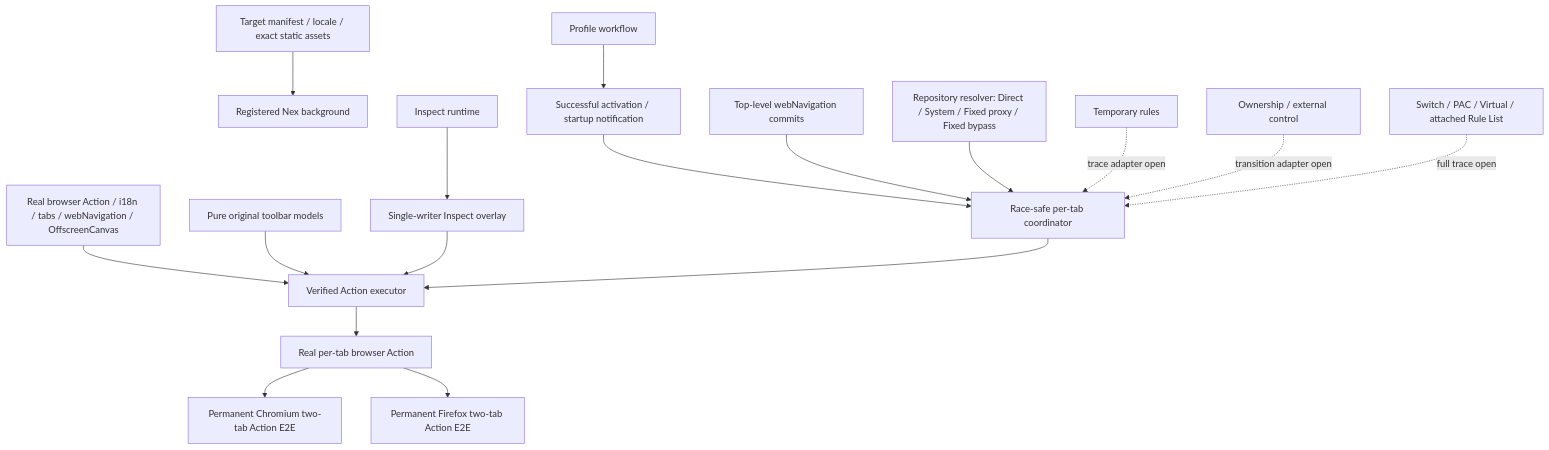
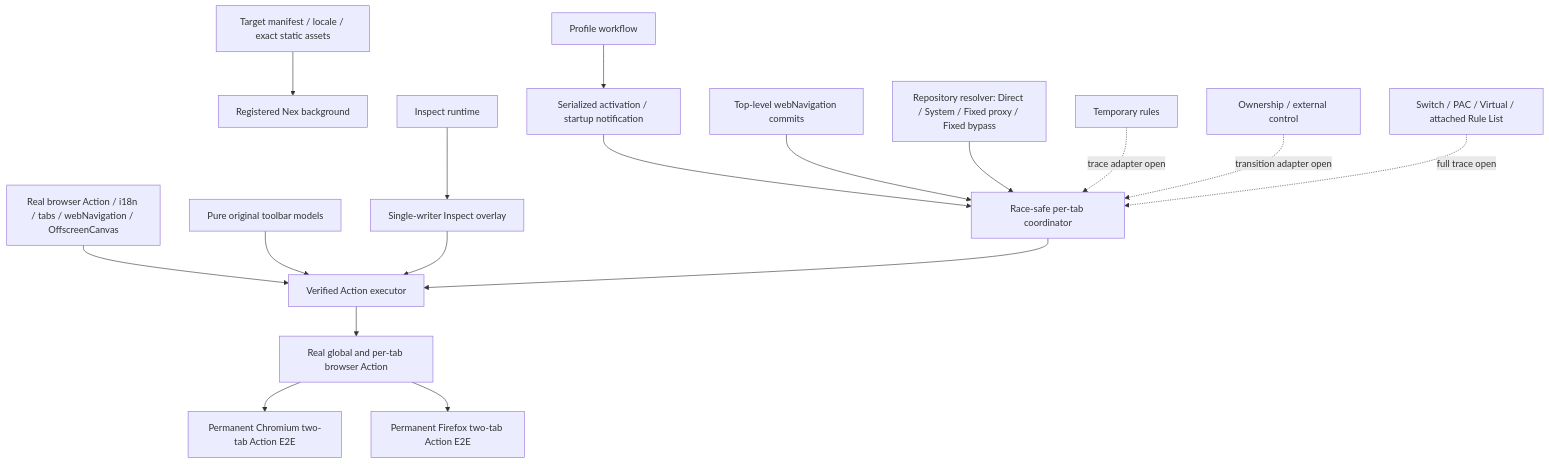
Before and after one commit to ChriX-Goh/ZeroOmega-Nex: the second of 2 diagrams in docs/DELIVERY_ORDER_01_TOOLBAR_STATE.md, drawn with Mermaid. The commit also changed other lines of this file and 6 other files, not shown here.

Commit message:
docs: synchronize Session 8 toolbar knowledge graph

````diff
--- a/docs/DELIVERY_ORDER_01_TOOLBAR_STATE.md
+++ b/docs/DELIVERY_ORDER_01_TOOLBAR_STATE.md
@@ -147,19 +147,19 @@
 ```mermaid
 graph TD
   M[Target manifest / locale / exact static assets] --> B[Registered Nex background]
   API[Real browser Action / i18n / tabs / webNavigation / OffscreenCanvas] --> EXEC[Verified Action executor]
   PURE[Pure original toolbar models] --> EXEC
-  WF[Profile workflow] --> NOTICE[Successful activation / startup notification]
+  WF[Profile workflow] --> NOTICE[Serialized activation / startup notification]
   NOTICE --> COORD[Race-safe per-tab coordinator]
   NAV[Top-level webNavigation commits] --> COORD
   RES[Repository resolver: Direct / System / Fixed proxy / Fixed bypass] --> COORD
   INSPECT[Inspect runtime] --> OVERLAY[Single-writer Inspect overlay]
   OVERLAY --> EXEC
   COORD --> EXEC
-  EXEC --> ACTION[Real per-tab browser Action]
+  EXEC --> ACTION[Real global and per-tab browser Action]
   ACTION --> CHROME[Permanent Chromium two-tab Action E2E]
   ACTION --> FIREFOX[Permanent Firefox two-tab Action E2E]
   TEMP[Temporary rules] -. trace adapter open .-> COORD
   OWN[Ownership / external control] -. transition adapter open .-> COORD
   INCLUSIVE[Switch / PAC / Virtual / attached Rule List] -. full trace open .-> COORD
 ```
````
